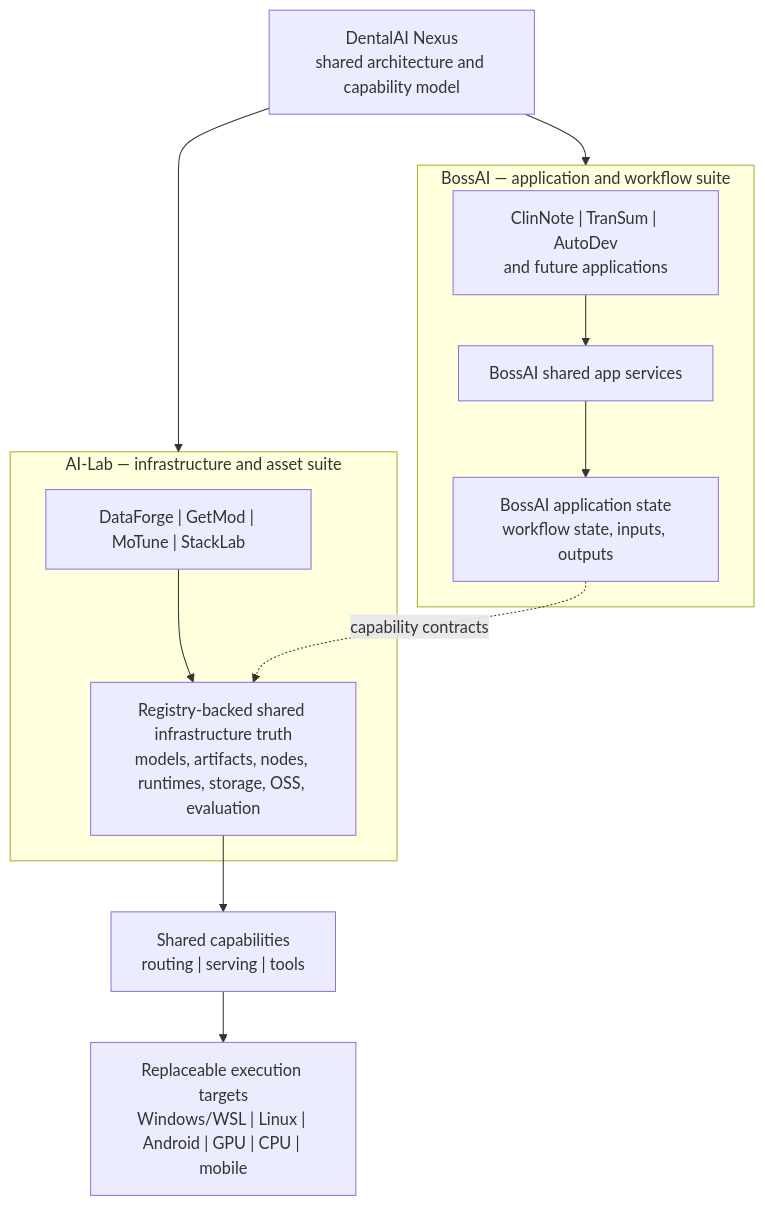
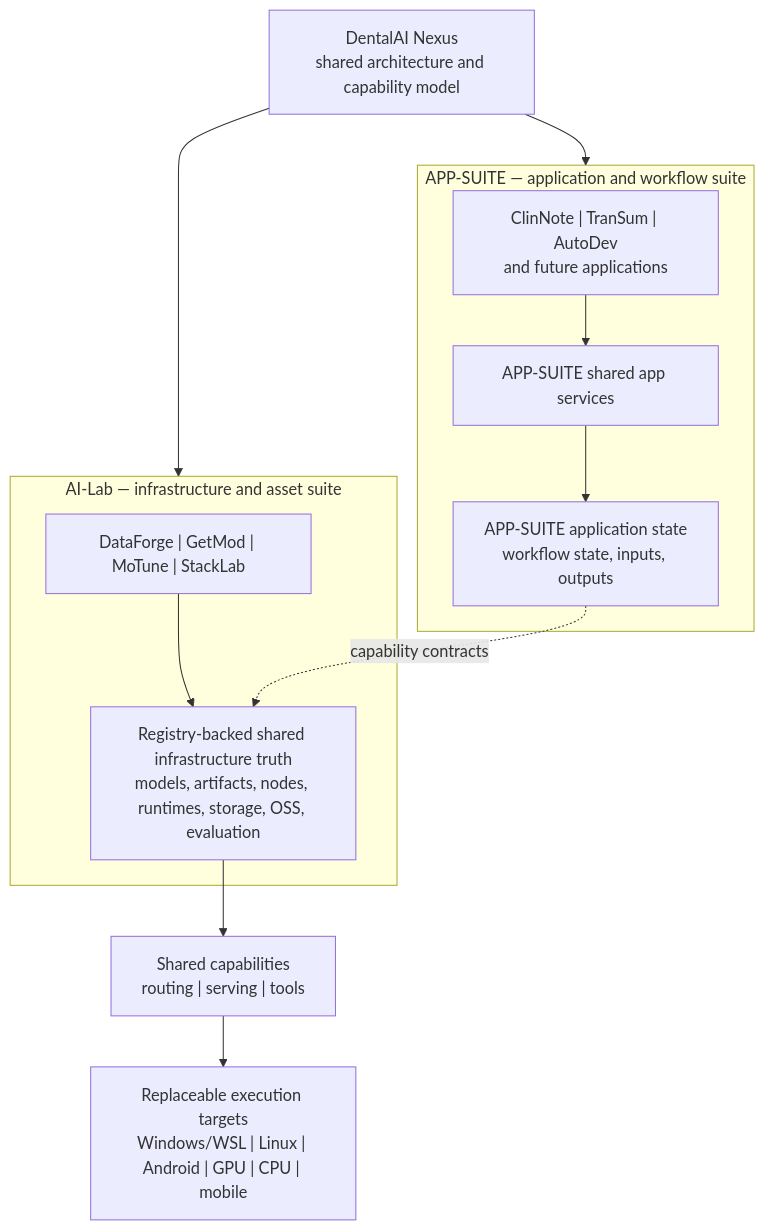
One commit to jasonsp1/dentalai-nexus changed the diagram in README.md. Above: the diagram before and after it, drawn with Mermaid. The commit also changed other lines of this file and 3 other files, not shown here.

Commit message:
docs: publish app-suite architecture overview

````diff
--- a/README.md
+++ b/README.md
@@ -40,23 +42,23 @@
 ```mermaid
 flowchart TB
     N["DentalAI Nexus\nshared architecture and capability model"]
 
-    subgraph B["BossAI — application and workflow suite"]
+    subgraph B["APP-SUITE — application and workflow suite"]
         BA["ClinNote | TranSum | AutoDev\nand future applications"]
-        BS["BossAI shared app services"]
-        DB["BossAI application state\nworkflow state, inputs, outputs"]
+        BS["APP-SUITE shared app services"]
+        DB["APP-SUITE application state\nworkflow state, inputs, outputs"]
         BA --> BS --> DB
     end
 
     subgraph L["AI-Lab — infrastructure and asset suite"]
         LA["DataForge | GetMod | MoTune | StackLab"]
         REG["Registry-backed shared infrastructure truth\nmodels, artifacts, nodes, runtimes, storage, OSS, evaluation"]
         LA --> REG
     end
 
     N --> B
     N --> L
     DB -. "capability contracts" .-> REG
     REG --> CAP["Shared capabilities\nrouting | serving | tools"]
     CAP --> EXEC["Replaceable execution targets\nWindows/WSL | Linux | Android | GPU | CPU | mobile"]
 ```
````
